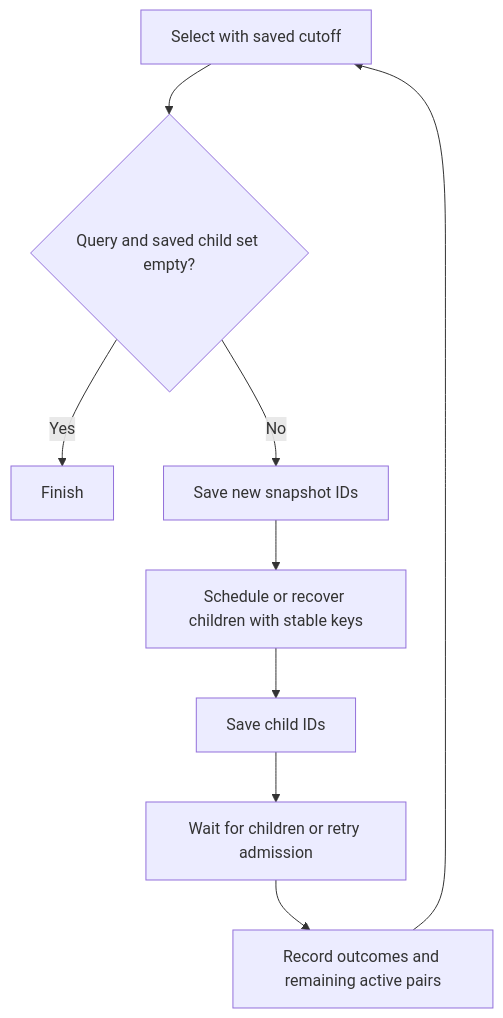
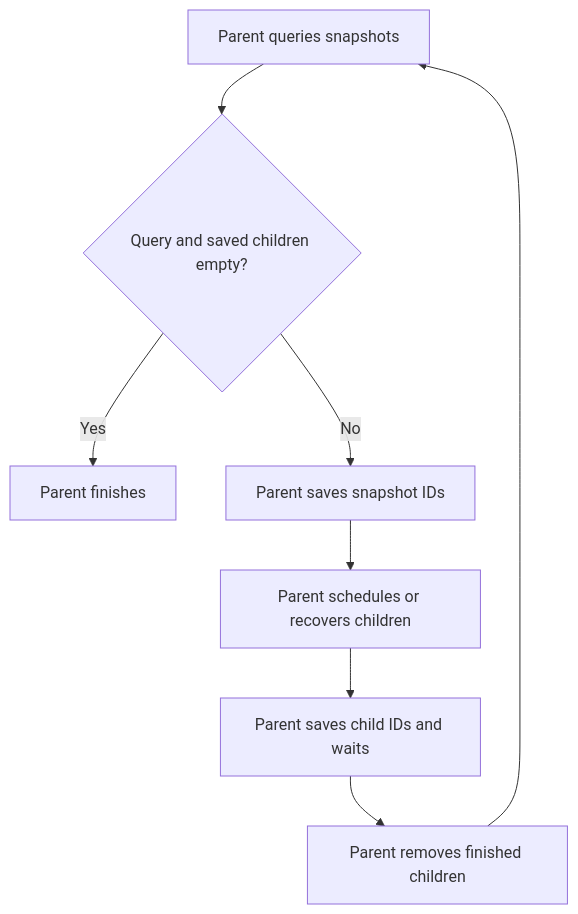
One commit to ydb-platform/nbs changed the tenth of 10 diagrams in doc/disk_manager/chunk_storage/design_doc.md. Above: the diagram before and after it, drawn with Mermaid. The commit also changed other lines of this file, not shown here.

````diff
--- a/doc/disk_manager/chunk_storage/design_doc.md
+++ b/doc/disk_manager/chunk_storage/design_doc.md
@@ -422,11 +385,10 @@
 ```mermaid
 flowchart TD
-    Select[Select with saved cutoff] --> Done{Query and saved child set empty?}
-    Done -->|Yes| Finish[Finish]
-    Done -->|No| Save[Save new snapshot IDs]
-    Save --> Schedule[Schedule or recover children with stable keys]
-    Schedule --> IDs[Save child IDs]
-    IDs --> Wait[Wait for children or retry admission]
-    Wait --> Update[Record outcomes and remaining active pairs]
+    Select[Parent queries snapshots] --> Done{Query and saved children empty?}
+    Done -->|Yes| Finish[Parent finishes]
+    Done -->|No| Save[Parent saves snapshot IDs]
+    Save --> Schedule[Parent schedules or recovers children]
+    Schedule --> Wait[Parent saves child IDs and waits]
+    Wait --> Update[Parent removes finished children]
     Update --> Select
 ```
````
